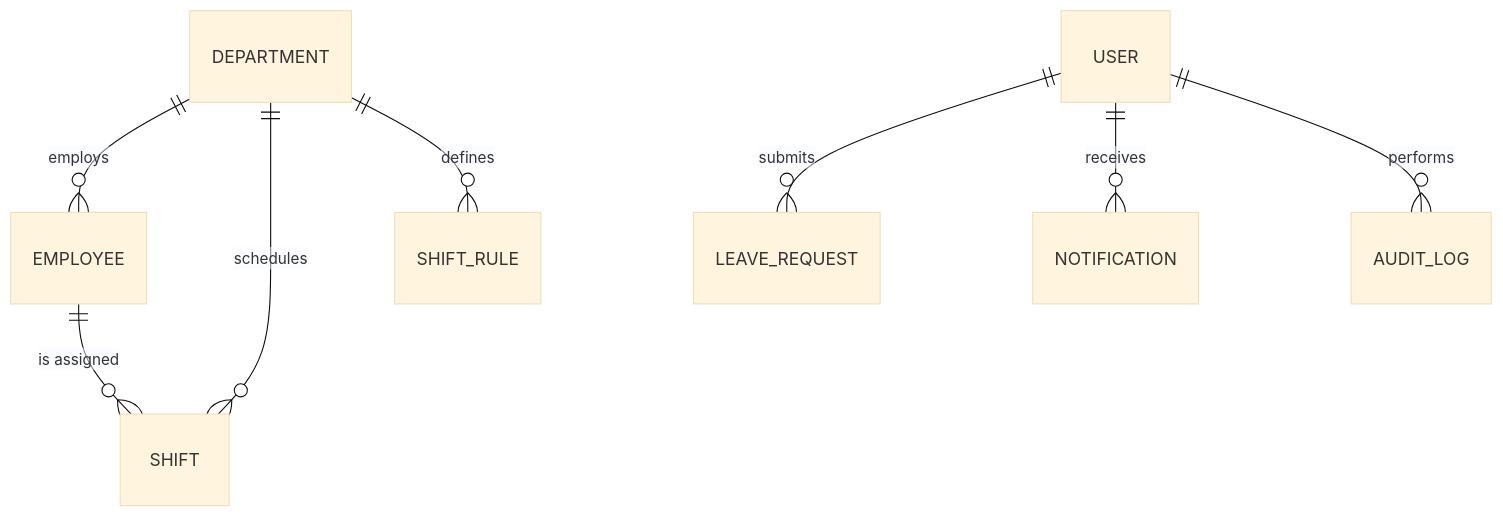
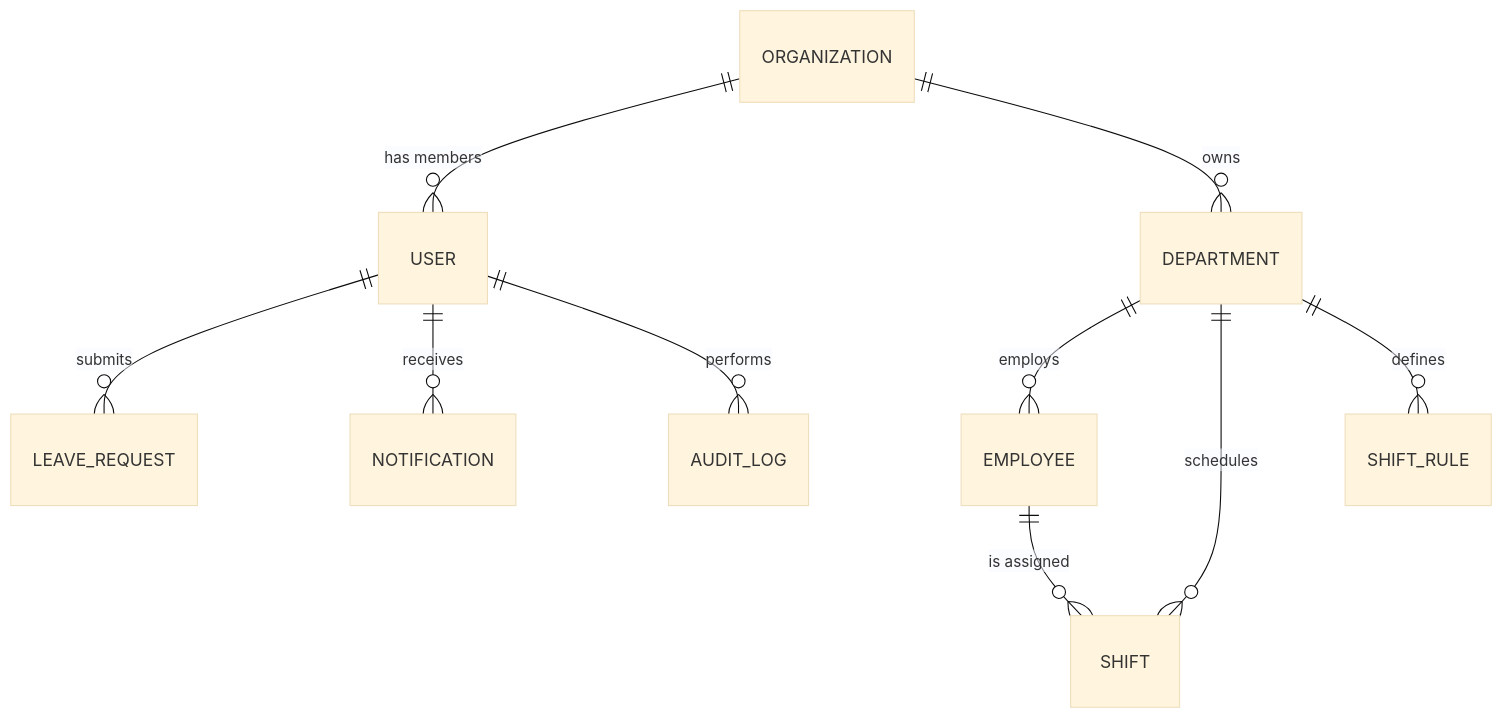
One commit to LordAurora/shift-planning-application changed the fourth of 4 diagrams in README.md. Above: the diagram before and after it, drawn with Mermaid (base theme). The commit also changed other lines of this file and 1 other file, not shown here.

````diff
--- a/README.md
+++ b/README.md
@@ -403,10 +438,12 @@
 ```mermaid
 erDiagram
+    ORGANIZATION ||--o{ USER : "has members"
+    ORGANIZATION ||--o{ DEPARTMENT : owns
     DEPARTMENT ||--o{ EMPLOYEE : employs
     DEPARTMENT ||--o{ SHIFT : schedules
     DEPARTMENT ||--o{ SHIFT_RULE : defines
     EMPLOYEE ||--o{ SHIFT : "is assigned"
     USER ||--o{ LEAVE_REQUEST : submits
     USER ||--o{ NOTIFICATION : receives
     USER ||--o{ AUDIT_LOG : performs
 ```
````
